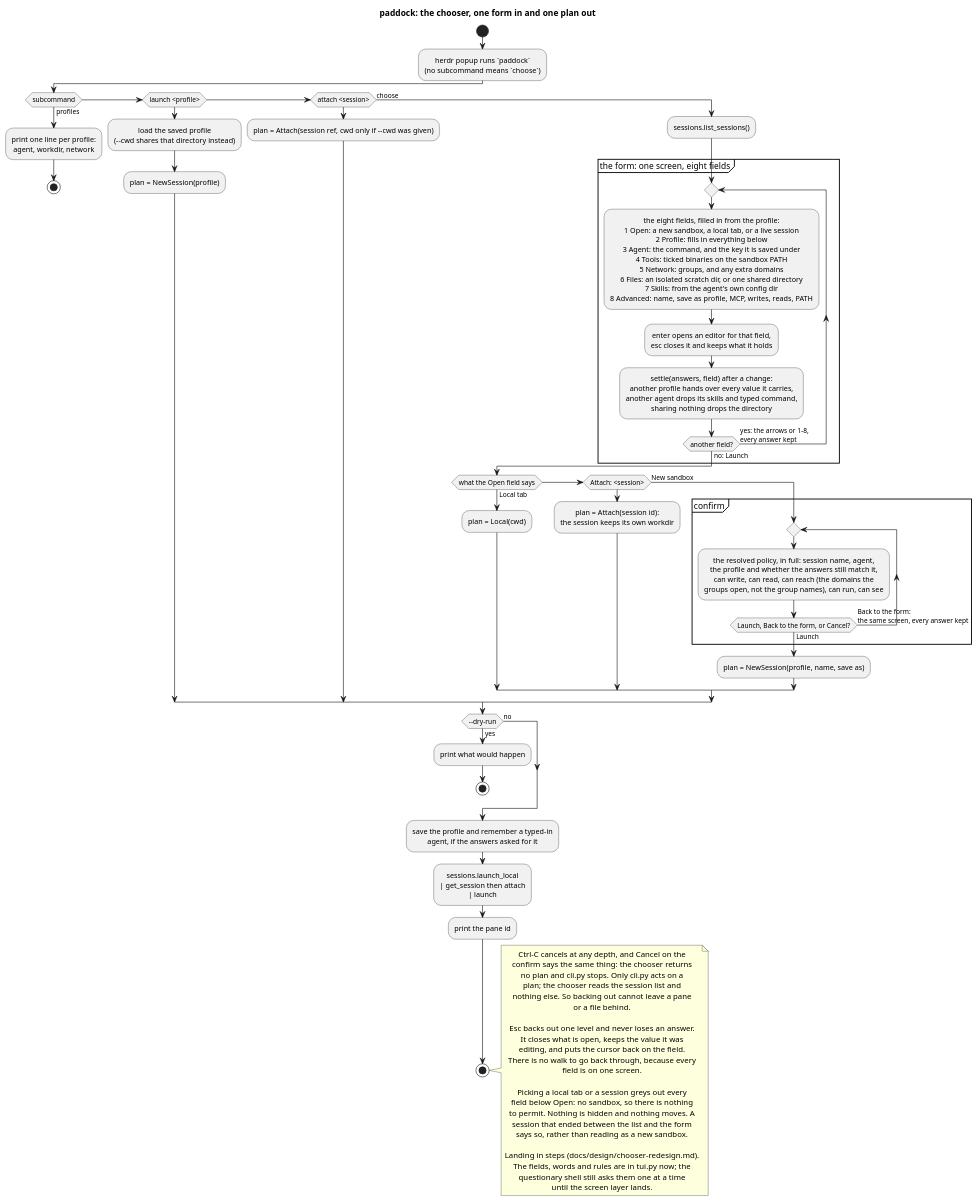
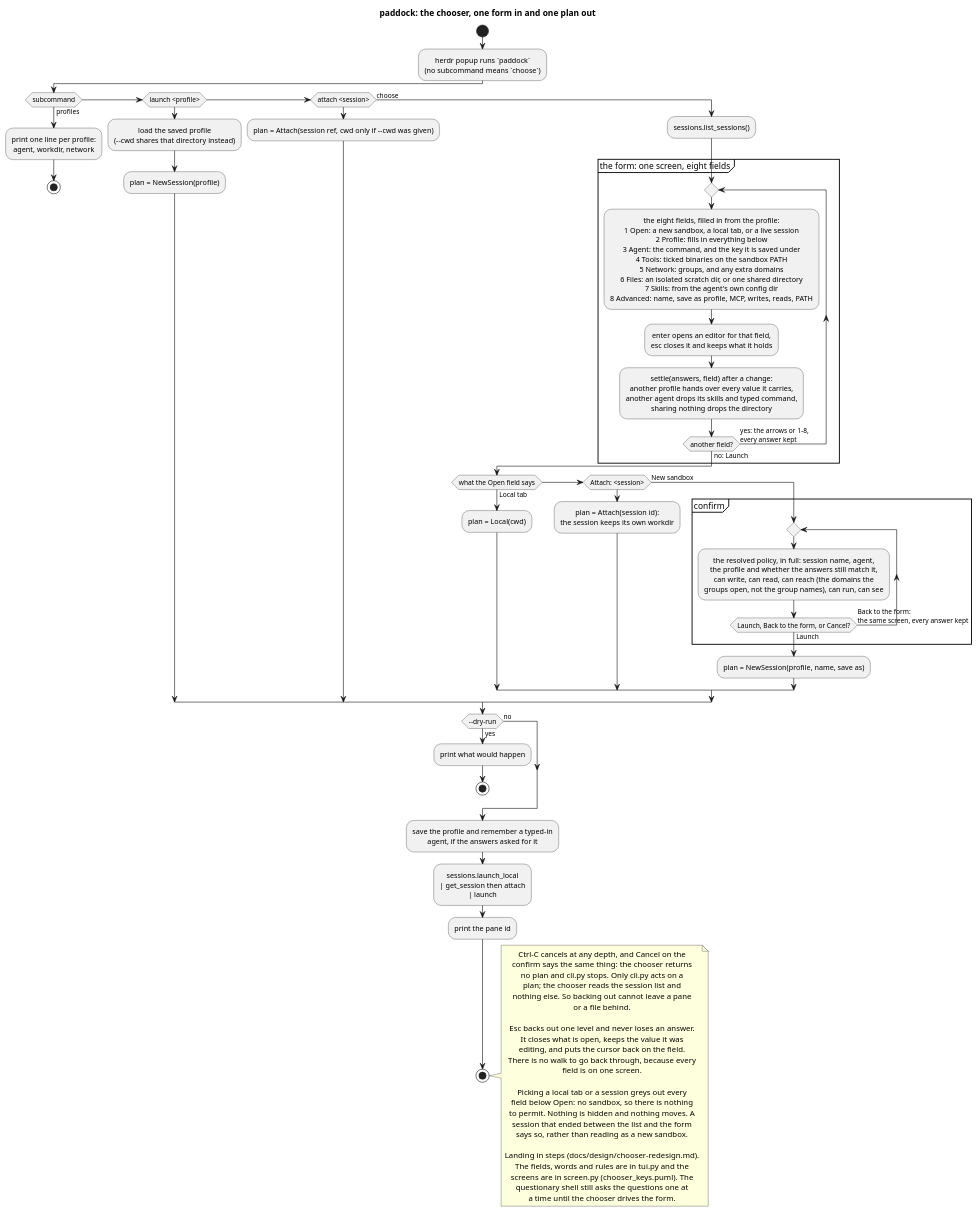
One commit to paddock-sh/paddock changed the diagram in docs/diagrams/chooser_flow.puml. Above: the diagram before and after it, drawn with PlantUML. The commit also changed 4 other files, not shown here.

First line of the commit message:
feat: the screen layer

```diff
--- a/docs/diagrams/chooser_flow.puml
+++ b/docs/diagrams/chooser_flow.puml
@@ -1,78 +1,79 @@
 @startuml chooser_flow
 title paddock: the chooser, one form in and one plan out
 
 skinparam shadowing false
 skinparam defaultTextAlignment center
 
 start
 :herdr popup runs `paddock`\n(no subcommand means `choose`);
 
 if (subcommand) then (profiles)
   :print one line per profile:\nagent, workdir, network;
   stop
 elseif (launch <profile>) then
   :load the saved profile\n(--cwd shares that directory instead);
   :plan = NewSession(profile);
 elseif (attach <session>) then
   :plan = Attach(session ref, cwd only if --cwd was given);
 else (choose)
   :sessions.list_sessions();
   partition "the form: one screen, eight fields" {
     repeat
       :the eight fields, filled in from the profile:\n1 Open: a new sandbox, a local tab, or a live session\n2 Profile: fills in everything below\n3 Agent: the command, and the key it is saved under\n4 Tools: ticked binaries on the sandbox PATH\n5 Network: groups, and any extra domains\n6 Files: an isolated scratch dir, or one shared directory\n7 Skills: from the agent's own config dir\n8 Advanced: name, save as profile, MCP, writes, reads, PATH;
       :enter opens an editor for that field,\nesc closes it and keeps what it holds;
       :settle(answers, field) after a change:\nanother profile hands over every value it carries,\nanother agent drops its skills and typed command,\nsharing nothing drops the directory;
     repeat while (another field?) is (yes: the arrows or 1-8,\nevery answer kept) not (no: Launch)
   }
   if (what the Open field says) then (Local tab)
     :plan = Local(cwd);
   elseif (Attach: <session>) then
     :plan = Attach(session id):\nthe session keeps its own workdir;
   else (New sandbox)
     partition "confirm" {
       repeat
         :the resolved policy, in full: session name, agent,\nthe profile and whether the answers still match it,\ncan write, can read, can reach (the domains the\ngroups open, not the group names), can run, can see;
       repeat while (Launch, Back to the form, or Cancel?) is (Back to the form:\nthe same screen, every answer kept) not (Launch)
     }
     :plan = NewSession(profile, name, save as);
   endif
 endif
 
 if (--dry-run) then (yes)
   :print what would happen;
   stop
 else (no)
 endif
 
 :save the profile and remember a typed-in\nagent, if the answers asked for it;
 :sessions.launch_local\n| get_session then attach\n| launch;
 :print the pane id;
 stop
 
 note right
   Ctrl-C cancels at any depth, and Cancel on the
   confirm says the same thing: the chooser returns
   no plan and cli.py stops. Only cli.py acts on a
   plan; the chooser reads the session list and
   nothing else. So backing out cannot leave a pane
   or a file behind.
 
   Esc backs out one level and never loses an answer.
   It closes what is open, keeps the value it was
   editing, and puts the cursor back on the field.
   There is no walk to go back through, because every
   field is on one screen.
 
   Picking a local tab or a session greys out every
   field below Open: no sandbox, so there is nothing
   to permit. Nothing is hidden and nothing moves. A
   session that ended between the list and the form
   says so, rather than reading as a new sandbox.
 
   Landing in steps (docs/design/chooser-redesign.md).
-  The fields, words and rules are in tui.py now; the
-  questionary shell still asks them one at a time
-  until the screen layer lands.
+  The fields, words and rules are in tui.py and the
+  screens are in screen.py (chooser_keys.puml). The
+  questionary shell still asks the questions one at
+  a time until the chooser drives the form.
 end note
 
 @enduml
```
